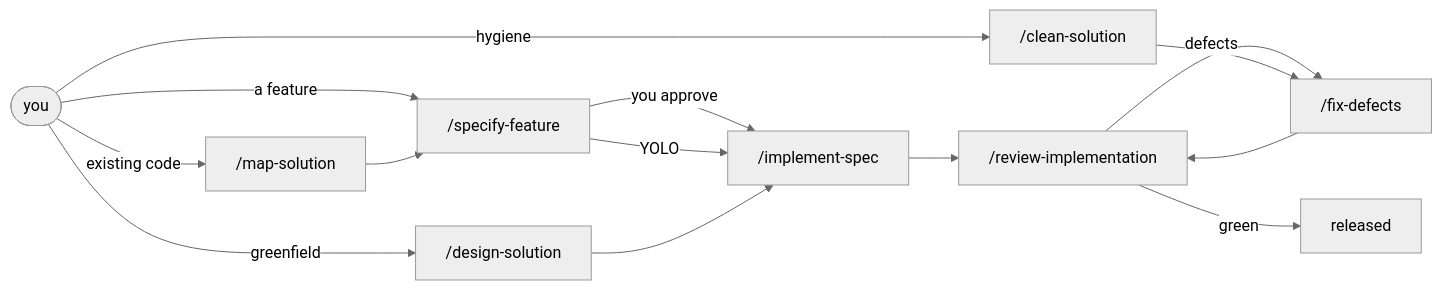
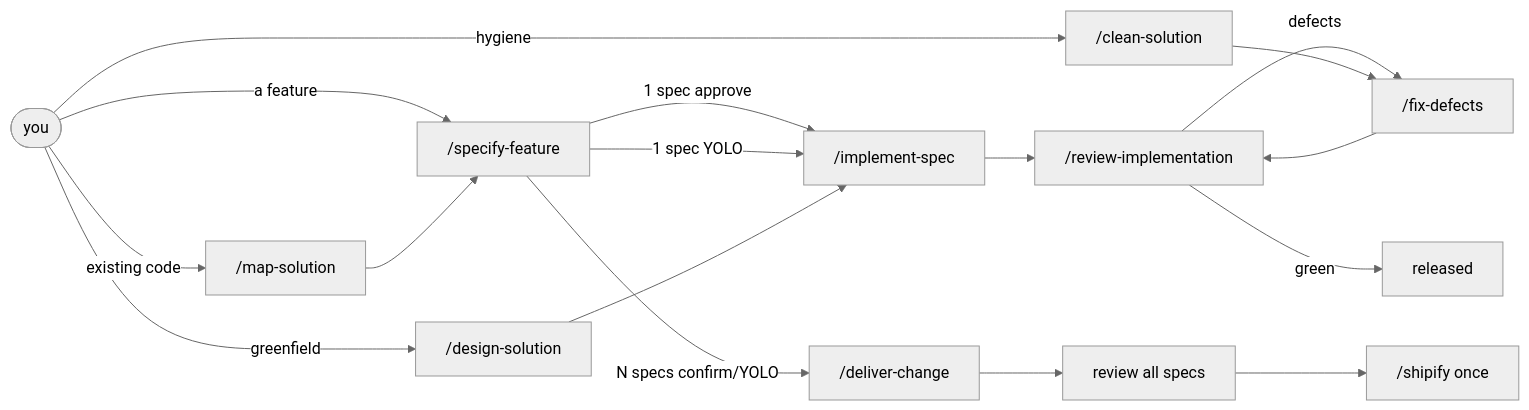
Before and after one commit to AIDDbot/AIDDbot: the first of 5 diagrams in docs/AIDD.workflow.md, drawn with Mermaid (neutral theme). The commit also changed other lines of this file and 25 other files, not shown here.

First line of the commit message:
feat(commands): implement coordinated multi-spec delivery and enhance command workflows

````diff
--- a/docs/AIDD.workflow.md
+++ b/docs/AIDD.workflow.md
@@ -34,17 +39,20 @@
 ```mermaid
 flowchart LR
   YOU([you])
   YOU -->|existing code| MAP["/map-solution"]
   YOU -->|greenfield| DES["/design-solution"]
   YOU -->|a feature| FEAT["/specify-feature"]
   MAP --> FEAT
-  FEAT -->|you approve| IMP["/implement-spec"]
-  FEAT -->|YOLO| IMP
+  FEAT -->|1 spec approve| IMP["/implement-spec"]
+  FEAT -->|1 spec YOLO| IMP
+  FEAT -->|N specs confirm/YOLO| DEL["/deliver-change"]
   DES --> IMP
   IMP --> REV["/review-implementation"]
+  DEL --> REVB[review all specs]
+  REVB --> SHIP["/shipify once"]
   REV -->|defects| FIX["/fix-defects"]
   FIX --> REV
   REV -->|green| REL[released]
   YOU -->|hygiene| CLEAN["/clean-solution"]
   CLEAN --> FIX
 ```
````
